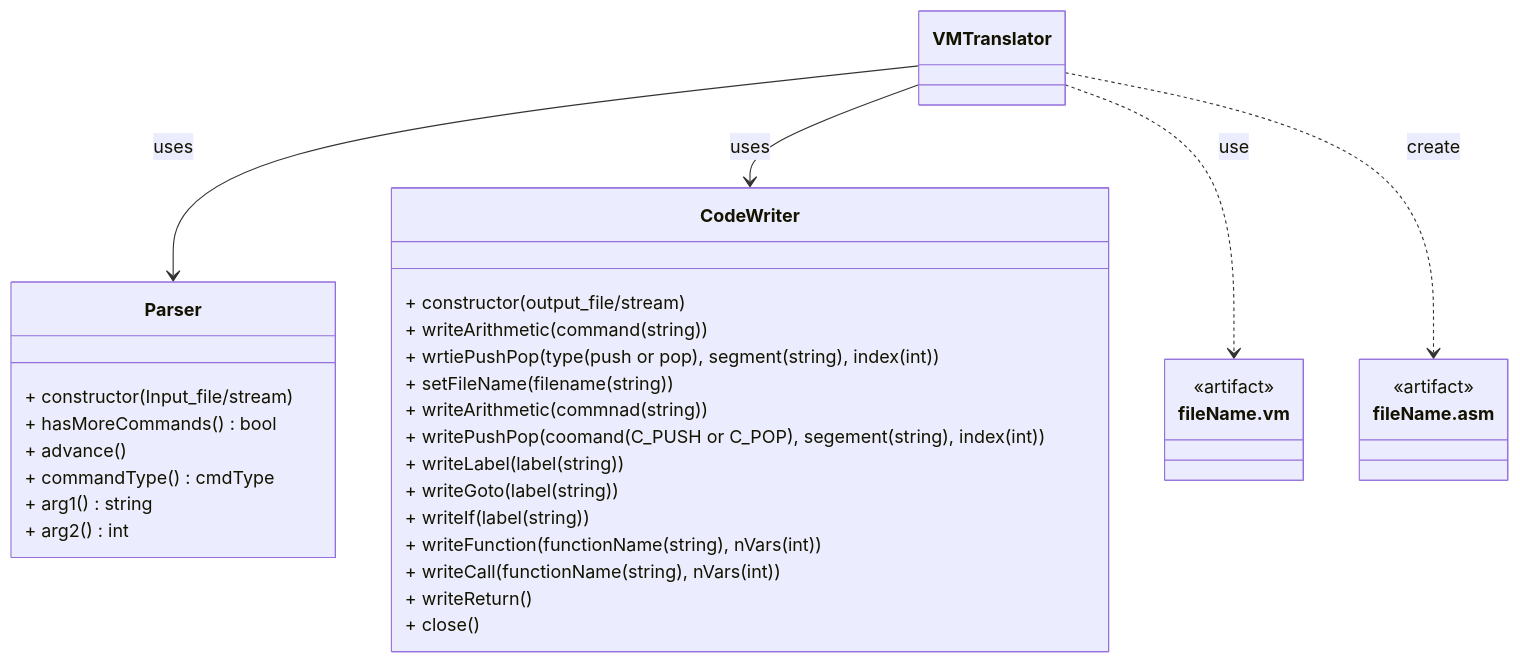
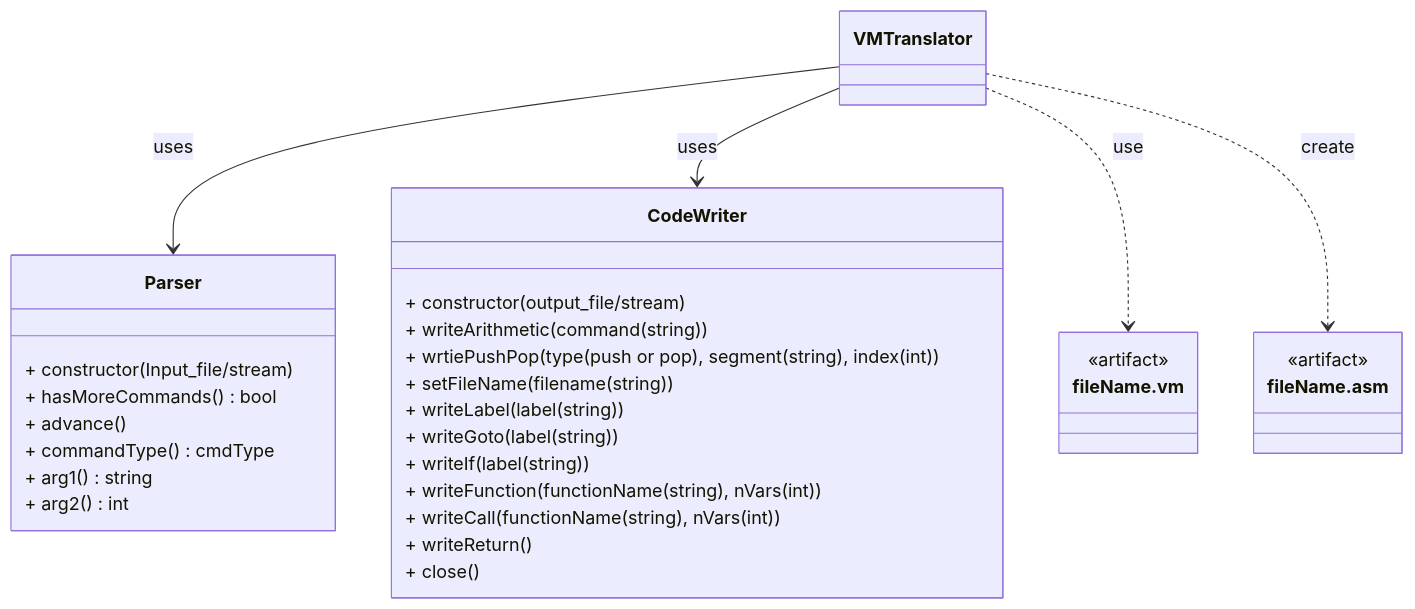
Before and after one commit to peace338/vm_translator: the diagram in README.md, drawn with Mermaid.

Commit message:
중복된 api 제거

````diff
--- a/README.md
+++ b/README.md
@@ -15,39 +15,37 @@
 ```mermaid
 classDiagram
     class VMTranslator
     class Parser {
 		+ constructor(Input_file/stream)
 	    + hasMoreCommands() bool
 		+ advance() 
 		+ commandType() cmdType
         + arg1() string
         + arg2() int
 		  
     }
     class CodeWriter{
 	    + constructor(output_file/stream)
 	    + writeArithmetic(command(string))
 	    + wrtiePushPop(type(push or pop), segment(string), index(int))
         + setFileName(filename(string))
-        + writeArithmetic(commnad(string))
-        + writePushPop(coomand(C_PUSH or C_POP), segement(string), index(int))
         + writeLabel(label(string))
         + writeGoto(label(string))
         + writeIf(label(string))
         + writeFunction(functionName(string), nVars(int))
         + writeCall(functionName(string), nVars(int))
         + writeReturn()
 	    + close()
     }
     class fileName.vm {
         <<artifact>>
     }
     class fileName.asm {
         <<artifact>>
     }
 
     VMTranslator --> Parser : uses
     VMTranslator --> CodeWriter : uses
     VMTranslator ..> fileName.vm : use
     VMTranslator ..> fileName.asm : create
 ```
````
